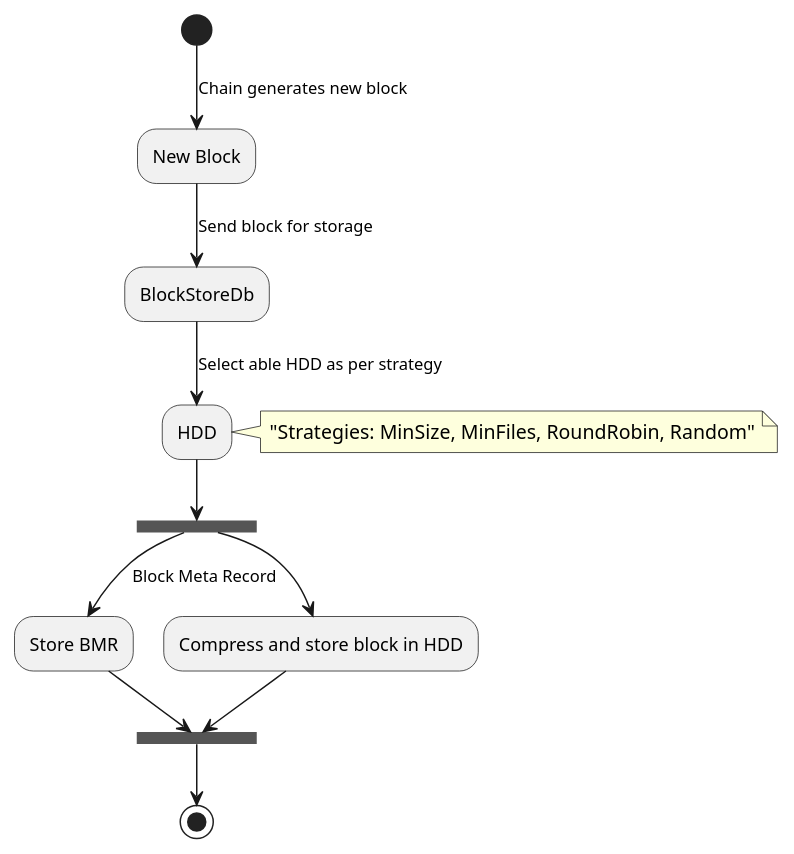
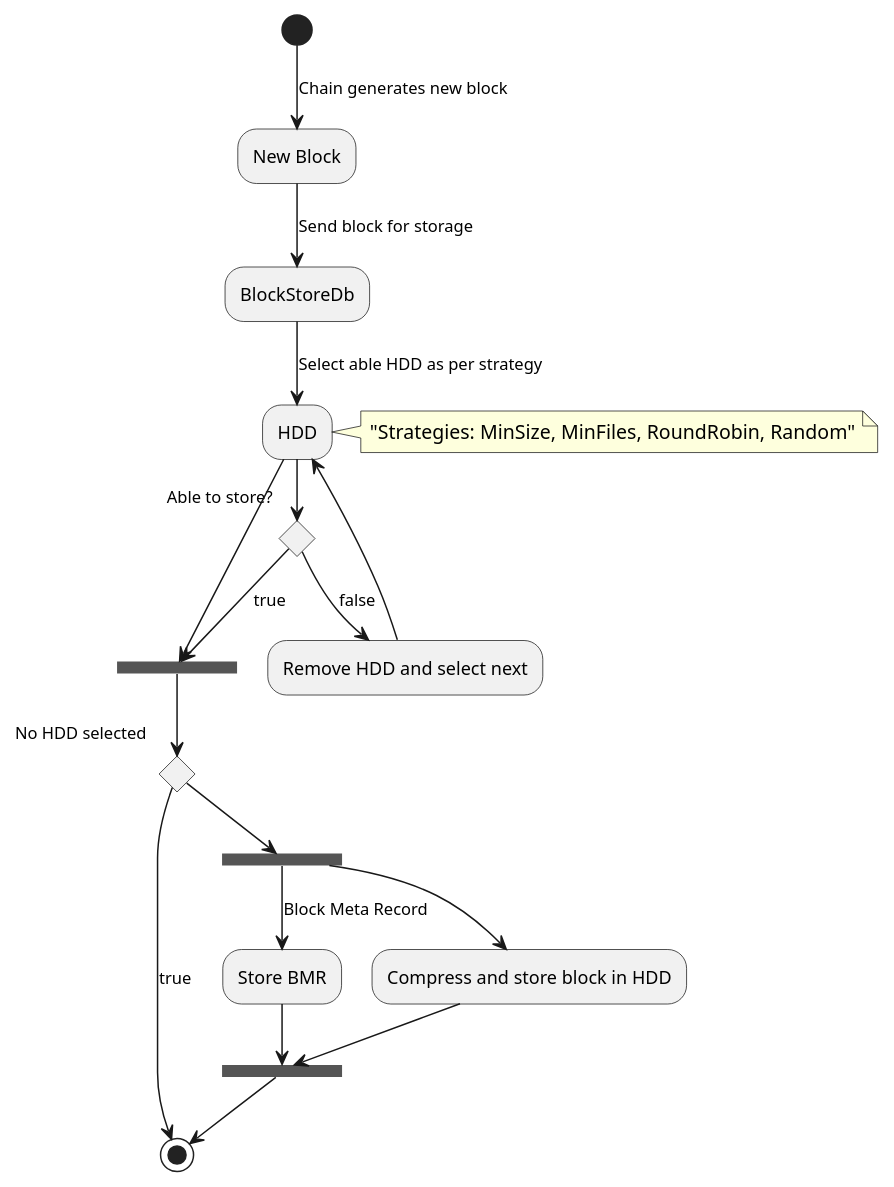
Before and after one commit to 0chain/0chain: the diagram in docs/blockstore/blockStoreFlowDiagram.plantuml, drawn with PlantUML.

Commit message:
Update block storage uml diagram

```diff
--- a/docs/blockstore/blockStoreFlowDiagram.plantuml
+++ b/docs/blockstore/blockStoreFlowDiagram.plantuml
@@ -1,15 +1,27 @@
 @startuml "Block Store flow Diagram"
 (*top) --> [Chain generates new block] "New Block"
 --> [Send block for storage] "BlockStoreDb"
 --> [Select able HDD as per strategy] "HDD"
 note right: "Strategies: MinSize, MinFiles, RoundRobin, Random"
 
+if "Able to store?" then
+    -->[true] ===B1===
+    
+else
+    -->[false] Remove HDD and select next
+    --> "HDD"
+endif
 
 --> ===B1===
-===B1=== --> [Block Meta Record] "Store BMR"
---> ===B2===
+if "No HDD selected" then
+    -->[true] (*)
+else
+    -->===B2===
+endif
+===B2=== --> [Block Meta Record] "Store BMR"
+--> ===B3===
 
-===B1=== --> "Compress and store block in HDD"
---> ===B2===
+===B2=== --> "Compress and store block in HDD"
+--> ===B3===
 -->(*)
 @enduml
```
